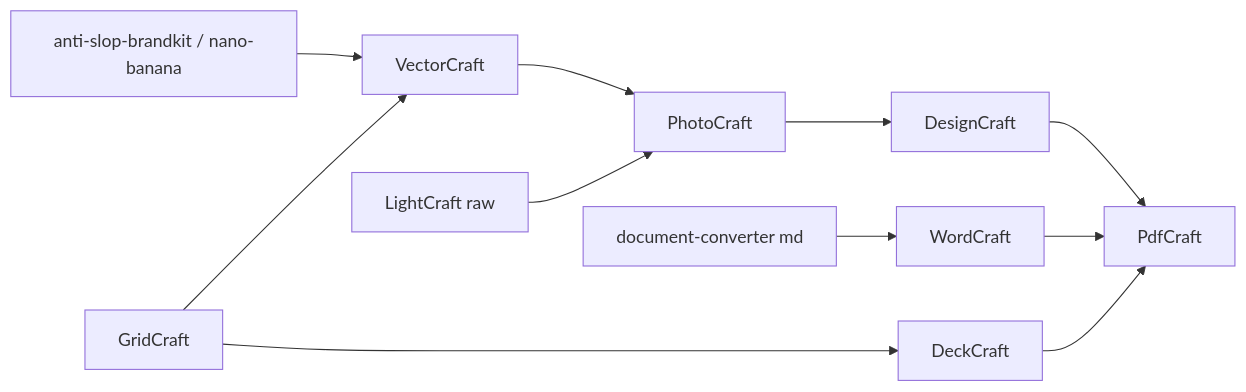
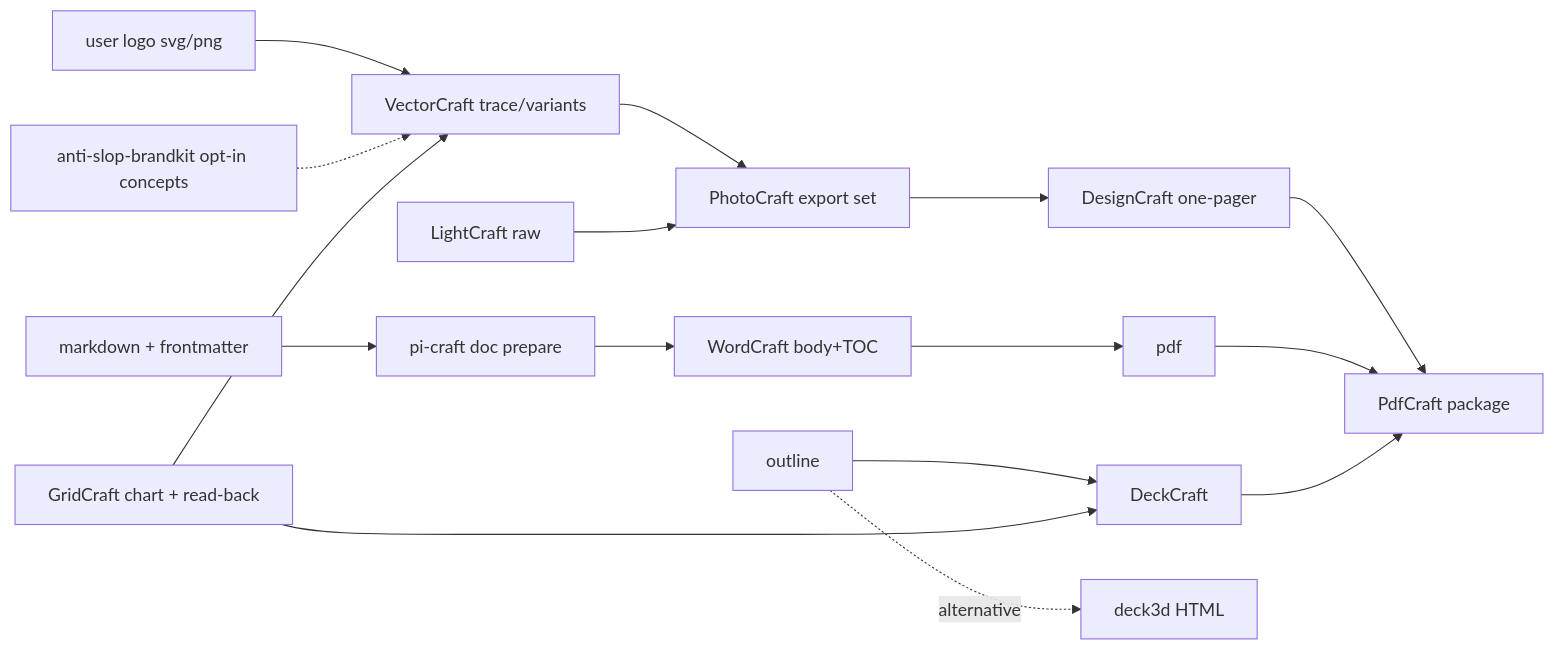
The diagram in openspec/changes/add-craft-office-workflows/design.md (BlackBeltTechnology/pi-agent-dashboard), drawn with Mermaid before and after one commit. The commit also changed other lines of this file and 8 other files, not shown here.

Commit message:
docs(openspec): plan add-craft-office-workflows — doubt-reviewed artifacts, pi-craft doc prepare (WordCraft templating parity, spike), craft-app-skills/cli deltas rebased on media, test-plan manifest + folded tasks

````diff
--- a/openspec/changes/add-craft-office-workflows/design.md
+++ b/openspec/changes/add-craft-office-workflows/design.md
@@ -16,8 +44,12 @@
 ```mermaid
 flowchart LR
-  BK[anti-slop-brandkit / nano-banana] --> VC[VectorCraft] --> PC[PhotoCraft] --> DS[DesignCraft] --> PDF[PdfCraft]
-  MD[document-converter md] --> WC[WordCraft] --> PDF
-  GC[GridCraft] --> VC
-  GC --> DK[DeckCraft] --> PDF
+  UL[user logo svg/png] --> VC[VectorCraft trace/variants]
+  BK[anti-slop-brandkit opt-in concepts] -.-> VC
+  VC --> PC[PhotoCraft export set] --> DS[DesignCraft one-pager] --> PDF[PdfCraft package]
+  MD[markdown + frontmatter] --> PREP[pi-craft doc prepare] --> WC[WordCraft body+TOC] --> WPDF[pdf] --> PDF
+  OUT[outline] --> DK[DeckCraft] --> PDF
+  OUT -.alternative.-> D3[deck3d HTML]
   LC[LightCraft raw] --> PC
+  GC[GridCraft chart + read-back] --> VC
+  GC --> DK
 ```
````
